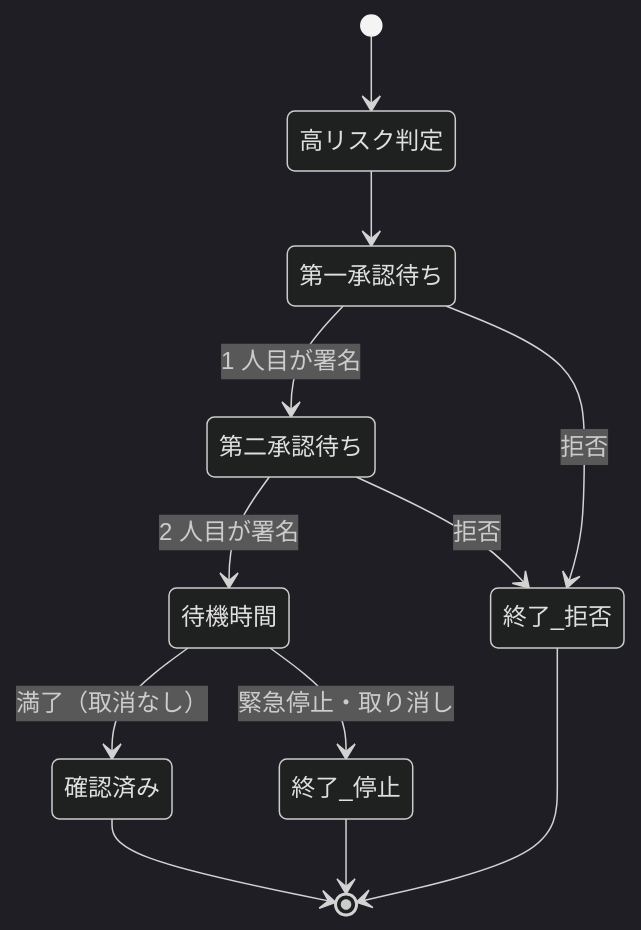
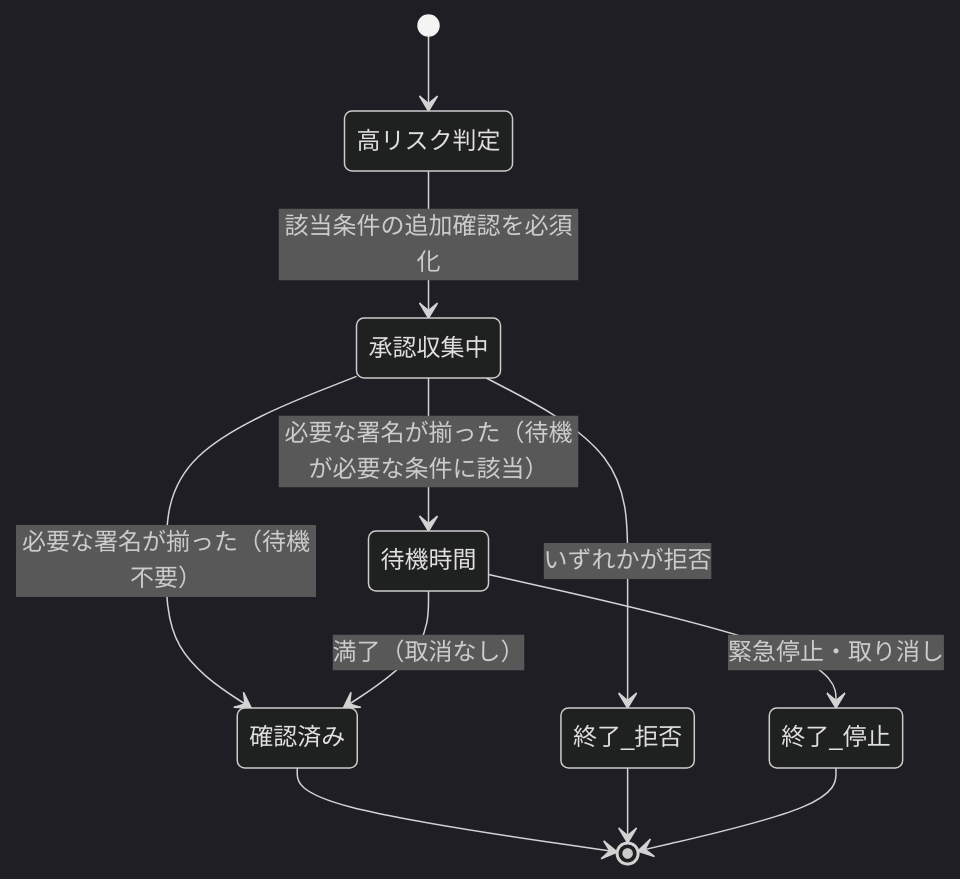
One commit to susumutomita/ZeroKeyFamily changed the fourth of 7 diagrams in docs/product/user-journeys.md. Above: the diagram before and after it, drawn with Mermaid (dark theme). The commit also changed other lines of this file and 5 other files, not shown here.

````diff
--- a/docs/product/user-journeys.md
+++ b/docs/product/user-journeys.md
@@ -107,14 +108,13 @@
 ```mermaid
 stateDiagram-v2
     [*] --> 高リスク判定
-    高リスク判定 --> 第一承認待ち
-    第一承認待ち --> 第二承認待ち : 1 人目が署名
-    第一承認待ち --> 終了_拒否 : 拒否
-    第二承認待ち --> 待機時間 : 2 人目が署名
-    第二承認待ち --> 終了_拒否 : 拒否
+    高リスク判定 --> 承認収集中 : 該当条件の追加確認を必須化
+    承認収集中 --> 終了_拒否 : いずれかが拒否
+    承認収集中 --> 待機時間 : 必要な署名が揃った（待機が必要な条件に該当）
+    承認収集中 --> 確認済み : 必要な署名が揃った（待機不要）
     待機時間 --> 確認済み : 満了（取消なし）
     待機時間 --> 終了_停止 : 緊急停止・取り消し
     確認済み --> [*]
     終了_拒否 --> [*]
     終了_停止 --> [*]
 ```
````
